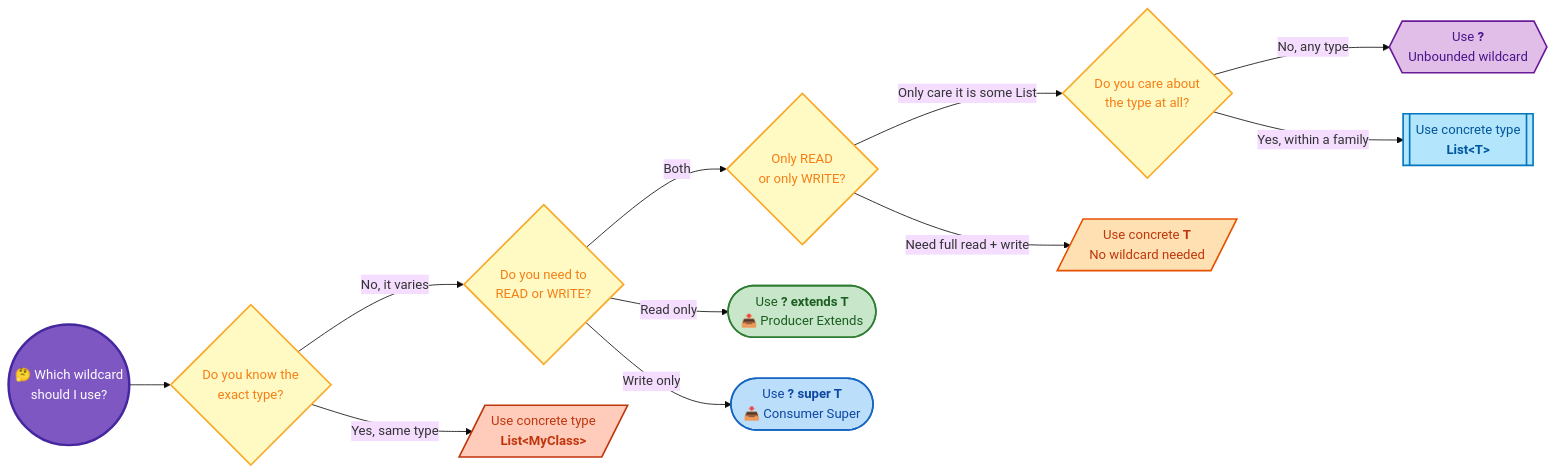
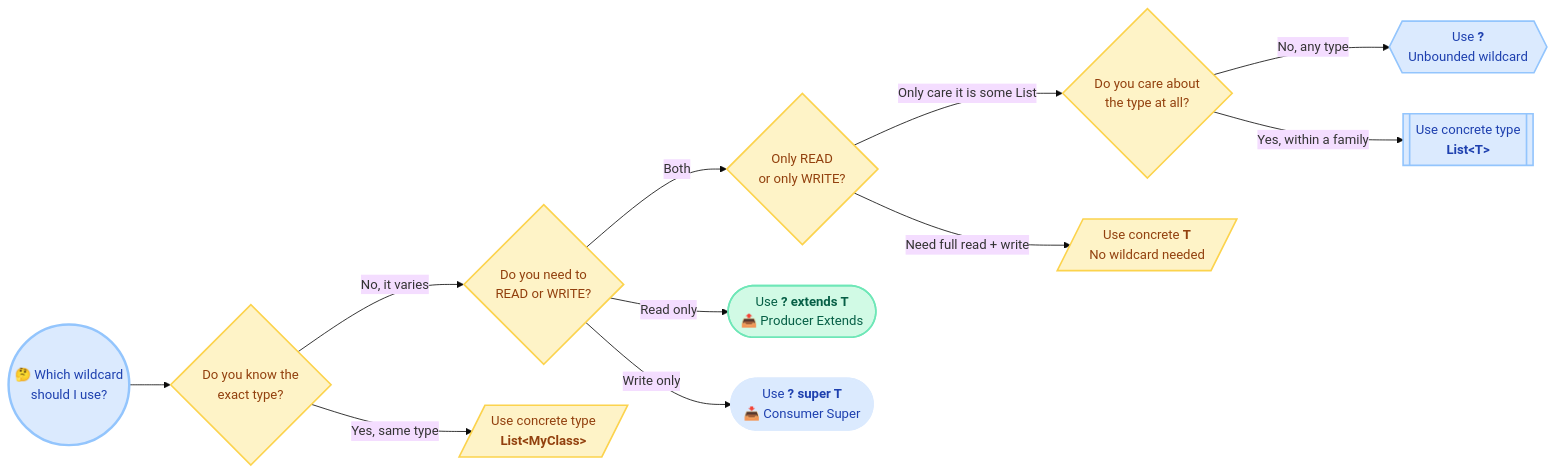
The fifth of 5 diagrams in docs/java/Generics.md (saivamsikaruturi/vamsilabs-dev-notes-main), drawn with Mermaid (base theme) before and after one commit. The commit also changed other lines of this file and 220 other files, not shown here.

First line of the commit message:
Add 50+ new Java/Spring Boot pages, rewrite CSS code blocks to Oracle style, fix all diagram colors

````diff
--- a/docs/java/Generics.md
+++ b/docs/java/Generics.md
@@ -420,38 +420,38 @@
 ```mermaid
 flowchart LR
     START(("🤔 Which wildcard<br/>should I use?"))
     Q1{"Do you know the<br/>exact type?"}
     Q2{"Do you need to<br/>READ or WRITE?"}
     Q3{"Only READ<br/>or only WRITE?"}
     Q4{"Do you care about<br/>the type at all?"}
 
     A1[["Use concrete type<br/><b>List&lt;T&gt;</b>"]]
     A2(["Use <b>? extends T</b><br/>📤 Producer Extends"])
     A3(["Use <b>? super T</b><br/>📥 Consumer Super"])
     A4[/"Use concrete <b>T</b><br/>No wildcard needed"/]
     A5{{"Use <b>?</b><br/>Unbounded wildcard"}}
     A6[/"Use concrete type<br/><b>List&lt;MyClass&gt;</b>"/]
 
     START --> Q1
     Q1 -->|"Yes, same type"| A6
     Q1 -->|"No, it varies"| Q2
     Q2 -->|"Read only"| A2
     Q2 -->|"Write only"| A3
     Q2 -->|"Both"| Q3
     Q3 -->|"Need full read + write"| A4
     Q3 -->|"Only care it is some List"| Q4
     Q4 -->|"No, any type"| A5
     Q4 -->|"Yes, within a family"| A1
 
-    style START fill:#7E57C2,stroke:#4527A0,stroke-width:3px,color:#FFFFFF
-    style Q1 fill:#FFF9C4,stroke:#F9A825,stroke-width:2px,color:#F57F17
-    style Q2 fill:#FFF9C4,stroke:#F9A825,stroke-width:2px,color:#F57F17
-    style Q3 fill:#FFF9C4,stroke:#F9A825,stroke-width:2px,color:#F57F17
-    style Q4 fill:#FFF9C4,stroke:#F9A825,stroke-width:2px,color:#F57F17
-    style A1 fill:#B3E5FC,stroke:#0277BD,stroke-width:2px,color:#01579B
-    style A2 fill:#C8E6C9,stroke:#2E7D32,stroke-width:2px,color:#1B5E20
-    style A3 fill:#BBDEFB,stroke:#1565C0,stroke-width:2px,color:#0D47A1
-    style A4 fill:#FFE0B2,stroke:#E65100,stroke-width:2px,color:#BF360C
-    style A5 fill:#E1BEE7,stroke:#6A1B9A,stroke-width:2px,color:#4A148C
-    style A6 fill:#FFCCBC,stroke:#BF360C,stroke-width:2px,color:#BF360C
+    style START fill:#DBEAFE,stroke:#93C5FD,stroke-width:3px,color:#1E40AF
+    style Q1 fill:#FEF3C7,stroke:#FCD34D,stroke-width:2px,color:#92400E
+    style Q2 fill:#FEF3C7,stroke:#FCD34D,stroke-width:2px,color:#92400E
+    style Q3 fill:#FEF3C7,stroke:#FCD34D,stroke-width:2px,color:#92400E
+    style Q4 fill:#FEF3C7,stroke:#FCD34D,stroke-width:2px,color:#92400E
+    style A1 fill:#DBEAFE,stroke:#93C5FD,stroke-width:2px,color:#1E40AF
+    style A2 fill:#D1FAE5,stroke:#6EE7B7,stroke-width:2px,color:#065F46
+    style A3 fill:#DBEAFE,stroke:#DBEAFE,stroke-width:2px,color:#1E40AF
+    style A4 fill:#FEF3C7,stroke:#FCD34D,stroke-width:2px,color:#92400E
+    style A5 fill:#DBEAFE,stroke:#93C5FD,stroke-width:2px,color:#1E40AF
+    style A6 fill:#FEF3C7,stroke:#FCD34D,stroke-width:2px,color:#92400E
 ```
````
